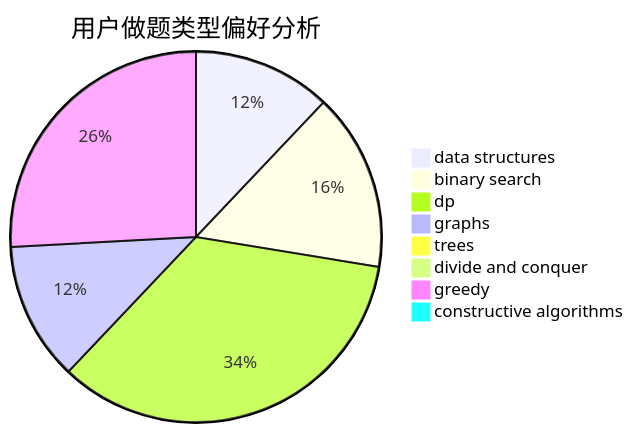
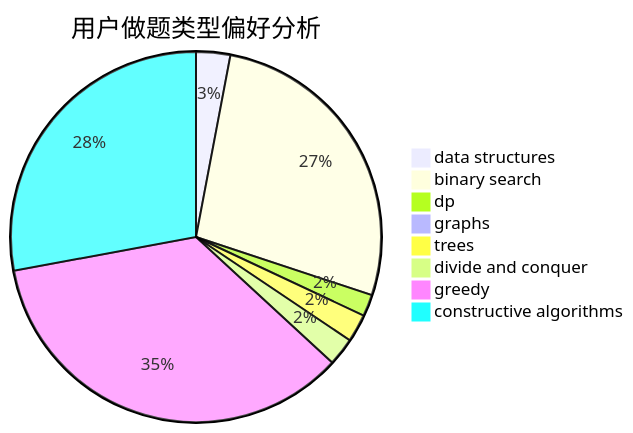
One commit to sherpahu/cfrs.github.io changed the second of 3 diagrams in docs/user/u85.md. Above: the diagram before and after it, drawn with Mermaid. The commit also changed other lines of this file and 2770 other files, not shown here.

````diff
--- a/docs/user/u85.md
+++ b/docs/user/u85.md
@@ -23,11 +23,11 @@
 ```mermaid
 pie title 用户做题类型偏好分析
-    "data structures" :  14
-    "binary search" :  18
-    "dp" :  40
-    "graphs" :  14
-    "trees" :  0
-    "divide and conquer" :  0
-    "greedy" :  30
-    "constructive algorithms" :  0
+    "data structures" :  11
+    "binary search" :  100
+    "dp" :  7
+    "graphs" :  0
+    "trees" :  9
+    "divide and conquer" :  9
+    "greedy" :  130
+    "constructive algorithms" :  103
 ```
````
